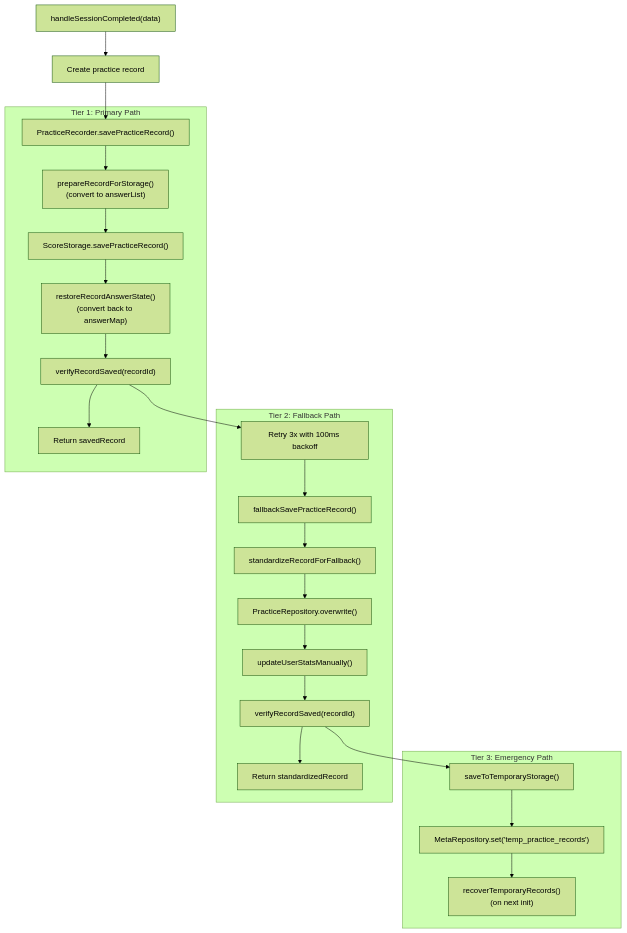
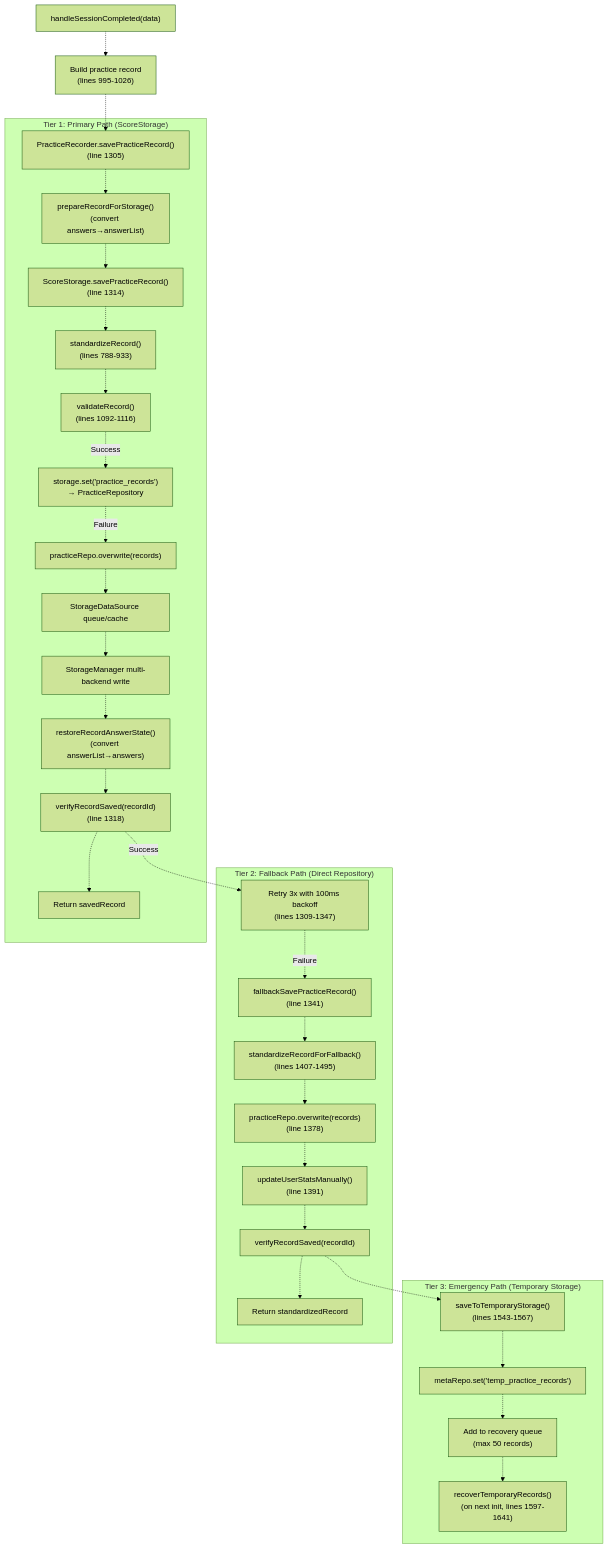
Before and after one commit to sallowayma-git/IELTS-practice: the sixth of 14 diagrams in developer/doc/Wiki/PracticeRecorder-&-ScoreStorage.md, drawn with Mermaid (forest theme). The commit also changed other lines of this file and 84 other files, not shown here.

````diff
--- a/developer/doc/Wiki/PracticeRecorder-&-ScoreStorage.md
+++ b/developer/doc/Wiki/PracticeRecorder-&-ScoreStorage.md
@@ -641,38 +649,47 @@
 flowchart TD
 
 START["handleSessionCompleted(data)"]
-CREATE["Create practice record"]
-T1["PracticeRecorder.savePracticeRecord()"]
-PREP["prepareRecordForStorage()<br>(convert to answerList)"]
-SS["ScoreStorage.savePracticeRecord()"]
-RESTORE["restoreRecordAnswerState()<br>(convert back to answerMap)"]
-VERIFY1["verifyRecordSaved(recordId)"]
+CREATE["Build practice record<br>(lines 995-1026)"]
+T1["PracticeRecorder.savePracticeRecord()<br>(line 1305)"]
+PREP["prepareRecordForStorage()<br>(convert answers→answerList)"]
+SS["ScoreStorage.savePracticeRecord()<br>(line 1314)"]
+SSSTAND["standardizeRecord()<br>(lines 788-933)"]
+SSVAL["validateRecord()<br>(lines 1092-1116)"]
+SSADAPT["storage.set('practice_records')<br>→ PracticeRepository"]
+SSREPO["practiceRepo.overwrite(records)"]
+SSSDS["StorageDataSource queue/cache"]
+SSSM["StorageManager multi-backend write"]
+RESTORE["restoreRecordAnswerState()<br>(convert answerList→answers)"]
+VERIFY1["verifyRecordSaved(recordId)<br>(line 1318)"]
 SUCCESS1["Return savedRecord"]
-RETRY["Retry 3x with 100ms backoff"]
-FALLBACK["fallbackSavePracticeRecord()"]
-STANDARD["standardizeRecordForFallback()"]
-DIRECT["PracticeRepository.overwrite()"]
-MANUAL["updateUserStatsManually()"]
+RETRY["Retry 3x with 100ms backoff<br>(lines 1309-1347)"]
+FALLBACK["fallbackSavePracticeRecord()<br>(line 1341)"]
+STANDARD["standardizeRecordForFallback()<br>(lines 1407-1495)"]
+DIRECT["practiceRepo.overwrite(records)<br>(line 1378)"]
+MANUAL["updateUserStatsManually()<br>(line 1391)"]
 VERIFY2["verifyRecordSaved(recordId)"]
 SUCCESS2["Return standardizedRecord"]
-TEMP["saveToTemporaryStorage()"]
-META["MetaRepository.set('temp_practice_records')"]
-RECOVER["recoverTemporaryRecords()<br>(on next init)"]
+TEMP["saveToTemporaryStorage()<br>(lines 1543-1567)"]
+META["metaRepo.set('temp_practice_records')"]
+QUEUE["Add to recovery queue<br>(max 50 records)"]
+RECOVER["recoverTemporaryRecords()<br>(on next init, lines 1597-1641)"]
 
-START --> CREATE
-CREATE --> T1
-VERIFY1 --> RETRY
-VERIFY2 --> TEMP
+START -.-> CREATE
+CREATE -.-> T1
+VERIFY1 -.->|"Success"| RETRY
+VERIFY2 -.-> TEMP
 
-subgraph subGraph2 ["Tier 3: Emergency Path"]
+subgraph subGraph2 ["Tier 3: Emergency Path (Temporary Storage)"]
     TEMP
     META
+    QUEUE
     RECOVER
-    TEMP --> META
-    META --> RECOVER
+    TEMP -.-> META
+    META -.-> QUEUE
+    QUEUE -.-> RECOVER
 end
 
-subgraph subGraph1 ["Tier 2: Fallback Path"]
+subgraph subGraph1 ["Tier 2: Fallback Path (Direct Repository)"]
     RETRY
     FALLBACK
     STANDARD
@@ -680,25 +697,37 @@
     MANUAL
     VERIFY2
     SUCCESS2
-    RETRY --> FALLBACK
-    FALLBACK --> STANDARD
-    STANDARD --> DIRECT
-    DIRECT --> MANUAL
-    MANUAL --> VERIFY2
-    VERIFY2 --> SUCCESS2
+    RETRY -.->|"Failure"| FALLBACK
+    FALLBACK -.-> STANDARD
+    STANDARD -.-> DIRECT
+    DIRECT -.-> MANUAL
+    MANUAL -.-> VERIFY2
+    VERIFY2 -.-> SUCCESS2
 end
 
-subgraph subGraph0 ["Tier 1: Primary Path"]
+subgraph subGraph0 ["Tier 1: Primary Path (ScoreStorage)"]
     T1
     PREP
     SS
+    SSSTAND
+    SSVAL
+    SSADAPT
+    SSREPO
+    SSSDS
+    SSSM
     RESTORE
     VERIFY1
     SUCCESS1
-    T1 --> PREP
-    PREP --> SS
-    SS --> RESTORE
-    RESTORE --> VERIFY1
-    VERIFY1 --> SUCCESS1
+    T1 -.-> PREP
+    PREP -.-> SS
+    SS -.-> SSSTAND
+    SSSTAND -.-> SSVAL
+    SSVAL -.->|"Success"| SSADAPT
+    SSADAPT -.->|"Failure"| SSREPO
+    SSREPO -.-> SSSDS
+    SSSDS -.-> SSSM
+    SSSM -.-> RESTORE
+    RESTORE -.-> VERIFY1
+    VERIFY1 -.-> SUCCESS1
 end
 ```
````
